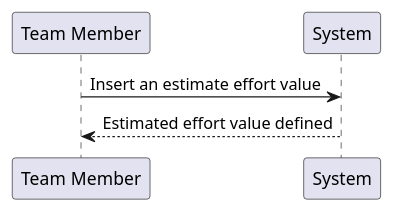
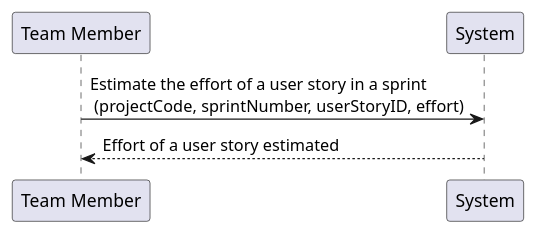
The diagram in docs/modelling_design/user_stories/us021/US021_EstimateEffortUserStorySSD.puml (ivo-menezes/project_g3), drawn with PlantUML before and after one commit.

Commit message:
US021: Analysis: US021_EstimateEffortUserStorySSD updated

```diff
--- a/docs/modelling_design/user_stories/us021/US021_EstimateEffortUserStorySSD.puml
+++ b/docs/modelling_design/user_stories/us021/US021_EstimateEffortUserStorySSD.puml
@@ -1,4 +1,4 @@
 @startuml
-"Team Member" -> System: Insert an estimate effort value
-"Team Member" <-- System: Estimated effort value defined
+"Team Member" -> System: Estimate the effort of a user story in a sprint \n (projectCode, sprintNumber, userStoryID, effort)
+"Team Member" <-- System: Effort of a user story estimated
 @enduml
```
